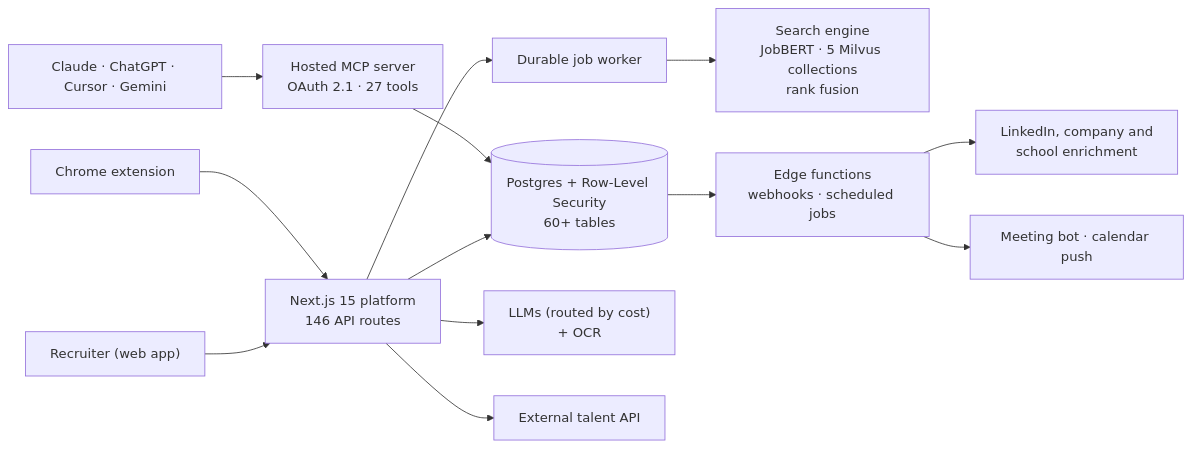
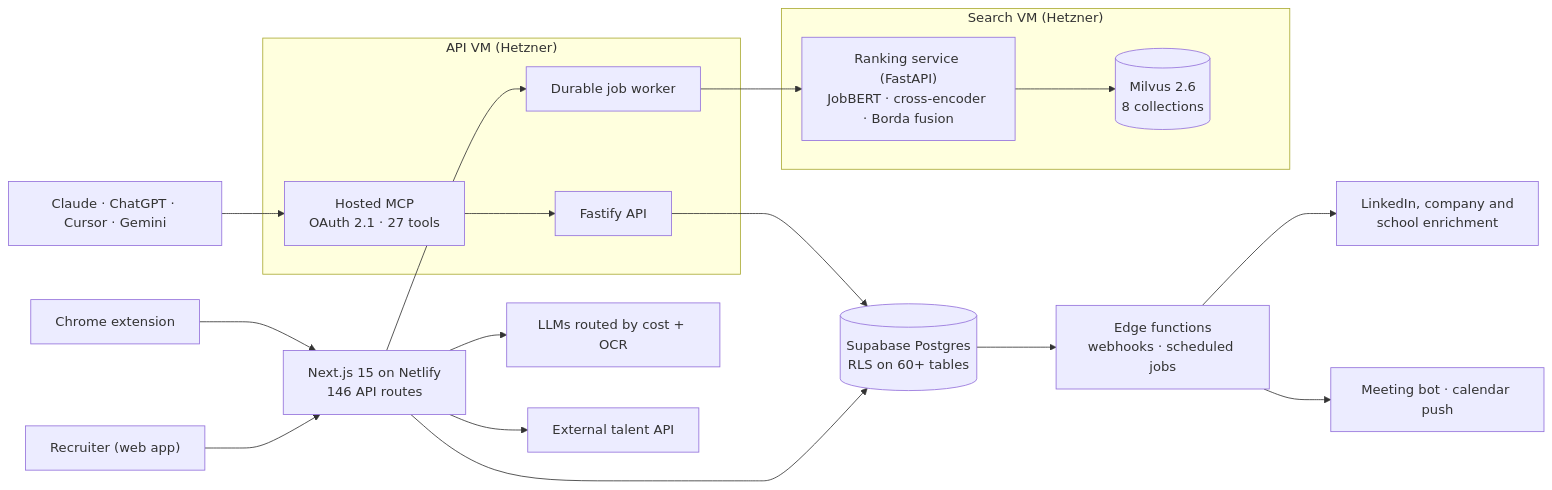
One commit to NikosMav/lope-case-study changed the diagram in README.md. Above: the diagram before and after it, drawn with Mermaid. The commit also changed other lines of this file and 1 other file, not shown here.

Commit message:
Refine case study with all three repositories
Correct the search-engine description (OpenAI + JobBERT + BM25 title
matching, 8 collections, 5 dimensions) and the two-VM infrastructure; add
evidence-based and synonym-aware skill matching results, infrastructure and
security, the help center, and a full-stack My role section. Fix the phone
layout of the commit chart.

````diff
--- a/README.md
+++ b/README.md
@@ -85,15 +88,23 @@
 ```mermaid
 flowchart LR
-  Recruiter["Recruiter (web app)"] --> Web["Next.js 15 platform<br/>146 API routes"]
+  Recruiter["Recruiter (web app)"] --> Web["Next.js 15 on Netlify<br/>146 API routes"]
   Ext["Chrome extension"] --> Web
-  Agents["Claude · ChatGPT · Cursor · Gemini"] --> MCP["Hosted MCP server<br/>OAuth 2.1 · 27 tools"]
-  Web --> DB[("Postgres + Row-Level Security<br/>60+ tables")]
-  MCP --> DB
-  Web --> Worker["Durable job worker"]
-  Worker --> Search["Search engine<br/>JobBERT · 5 Milvus collections<br/>rank fusion"]
+  Agents["Claude · ChatGPT · Cursor · Gemini"] --> MCP
+  subgraph APIVM["API VM (Hetzner)"]
+    API["Fastify API"]
+    MCP["Hosted MCP<br/>OAuth 2.1 · 27 tools"]
+    Worker["Durable job worker"]
+  end
+  subgraph SearchVM["Search VM (Hetzner)"]
+    Rank["Ranking service (FastAPI)<br/>JobBERT · cross-encoder · Borda fusion"]
+    Milvus[("Milvus 2.6<br/>8 collections")]
+  end
+  Web --> DB[("Supabase Postgres<br/>RLS on 60+ tables")]
+  MCP --> API --> DB
+  Web --> Worker --> Rank --> Milvus
   DB --> Fn["Edge functions<br/>webhooks · scheduled jobs"]
   Fn --> Scrape["LinkedIn, company and<br/>school enrichment"]
   Fn --> Bot["Meeting bot · calendar push"]
-  Web --> LLM["LLMs (routed by cost)<br/>+ OCR"]
+  Web --> LLM["LLMs routed by cost + OCR"]
   Web --> Talent["External talent API"]
 ```
````
